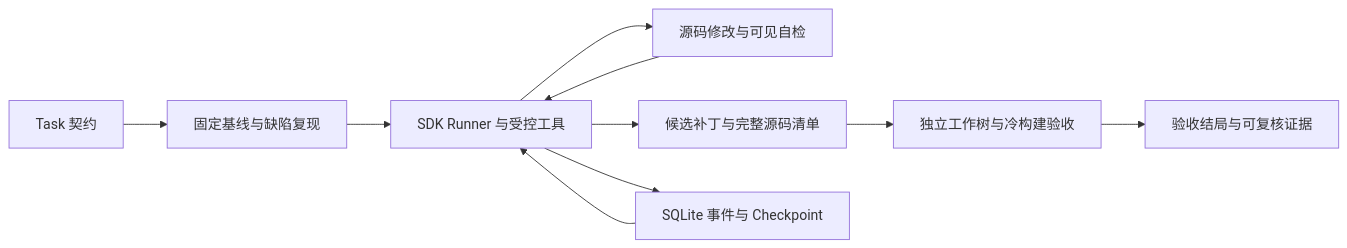
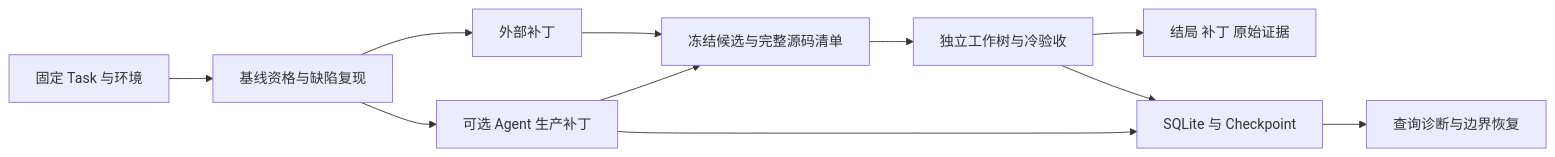
Before and after one commit to lilong555/ReproPatch: the first of 2 diagrams in docs/PROJECT_REPORT.md, drawn with Mermaid. The commit also changed other lines of this file and 22 other files, not shown here.

````diff
--- a/docs/PROJECT_REPORT.md
+++ b/docs/PROJECT_REPORT.md
@@ -17,12 +11,13 @@
 ```mermaid
 flowchart LR
-    T[Task 契约] --> B[固定基线与缺陷复现]
-    B --> A[SDK Runner 与受控工具]
-    A --> C[源码修改与可见自检]
-    C --> A
-    A --> P[候选补丁与完整源码清单]
-    P --> V[独立工作树与冷构建验收]
-    V --> R[验收结局与可复核证据]
-    A --> E[SQLite 事件与 Checkpoint]
-    E --> A
+    T[固定 Task 与环境] --> B[基线资格与缺陷复现]
+    B --> A[可选 Agent 生产补丁]
+    B --> X[外部补丁]
+    A --> C[冻结候选与完整源码清单]
+    X --> C
+    C --> V[独立工作树与冷验收]
+    V --> R[结局 补丁 原始证据]
+    A --> E[SQLite 与 Checkpoint]
+    E --> Q[查询诊断与边界恢复]
+    V --> E
 ```
````
